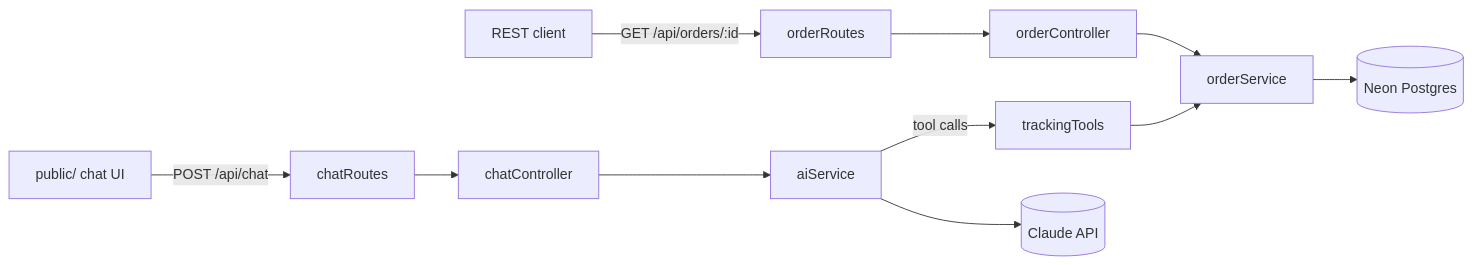
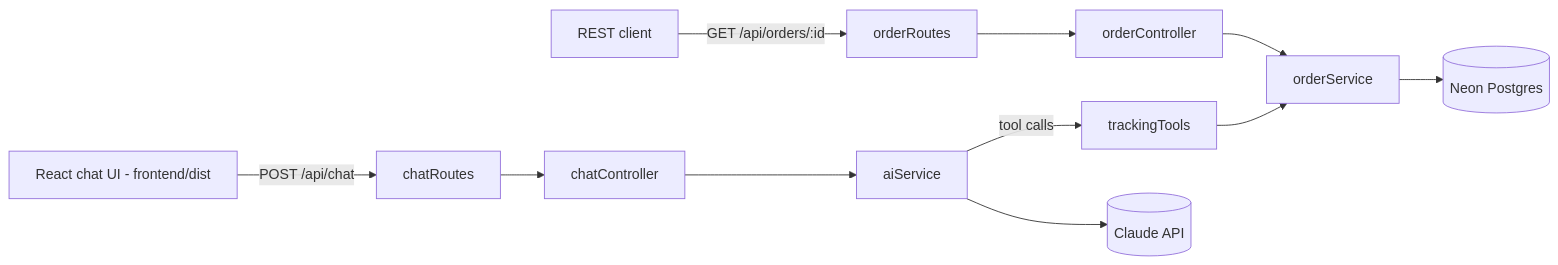
One commit to Lindenbrien27/ecommerce-ai-assistant changed the diagram in README.md. Above: the diagram before and after it, drawn with Mermaid. The commit also changed other lines of this file and 19 other files, not shown here.

First line of the commit message:
Adopt React (Vite) for the frontend

````diff
--- a/README.md
+++ b/README.md
@@ -31,13 +32,13 @@
 ```mermaid
 flowchart LR
-    UI[public/ chat UI] -->|POST /api/chat| ChatRoute[chatRoutes]
+    UI[React chat UI - frontend/dist] -->|POST /api/chat| ChatRoute[chatRoutes]
     Client[REST client] -->|GET /api/orders/:id| OrderRoute[orderRoutes]
     ChatRoute --> ChatCtrl[chatController]
     OrderRoute --> OrderCtrl[orderController]
     ChatCtrl --> AIService[aiService]
     AIService -->|tool calls| Tools[trackingTools]
     Tools --> OrderService[orderService]
     OrderCtrl --> OrderService
     AIService --> Claude[(Claude API)]
     OrderService --> DB[(Neon Postgres)]
 ```
````
